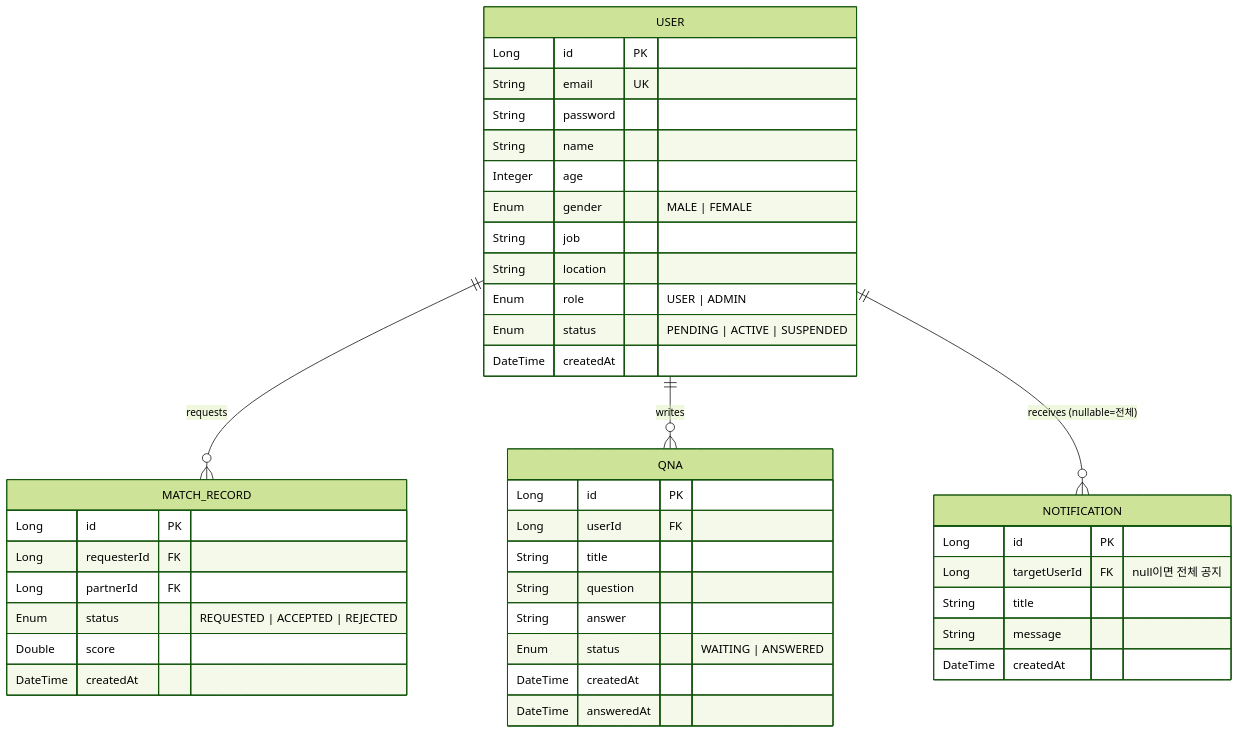
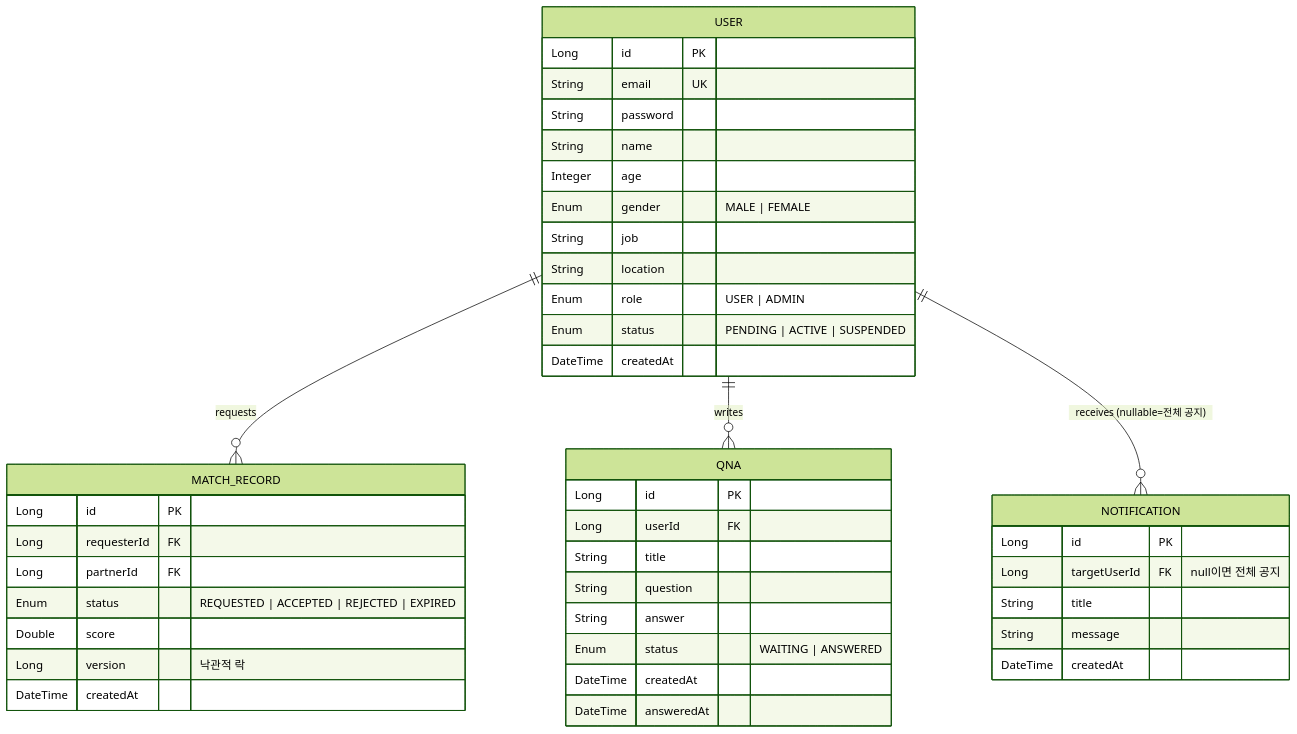
Before and after one commit to hello-pebble/MatchSimulation: the fourth of 5 diagrams in docs/architecture.md, drawn with Mermaid (forest theme). The commit also changed other lines of this file and 134 other files, not shown here.

````diff
--- a/docs/architecture.md
+++ b/docs/architecture.md
@@ -190,45 +175,46 @@
 ```mermaid
 erDiagram
     USER ||--o{ MATCH_RECORD : "requests"
     USER ||--o{ QNA : "writes"
-    USER ||--o{ NOTIFICATION : "receives (nullable=전체)"
+    USER ||--o{ NOTIFICATION : "receives (nullable=전체 공지)"
 
     USER {
         Long id PK
         String email UK
         String password
         String name
         Integer age
         Enum gender "MALE | FEMALE"
         String job
         String location
         Enum role "USER | ADMIN"
         Enum status "PENDING | ACTIVE | SUSPENDED"
         DateTime createdAt
     }
     MATCH_RECORD {
         Long id PK
         Long requesterId FK
         Long partnerId FK
-        Enum status "REQUESTED | ACCEPTED | REJECTED"
+        Enum status "REQUESTED | ACCEPTED | REJECTED | EXPIRED"
         Double score
+        Long version "낙관적 락"
         DateTime createdAt
     }
     QNA {
         Long id PK
         Long userId FK
         String title
         String question
         String answer
         Enum status "WAITING | ANSWERED"
         DateTime createdAt
         DateTime answeredAt
     }
     NOTIFICATION {
         Long id PK
         Long targetUserId FK "null이면 전체 공지"
         String title
         String message
         DateTime createdAt
     }
 ```
````
